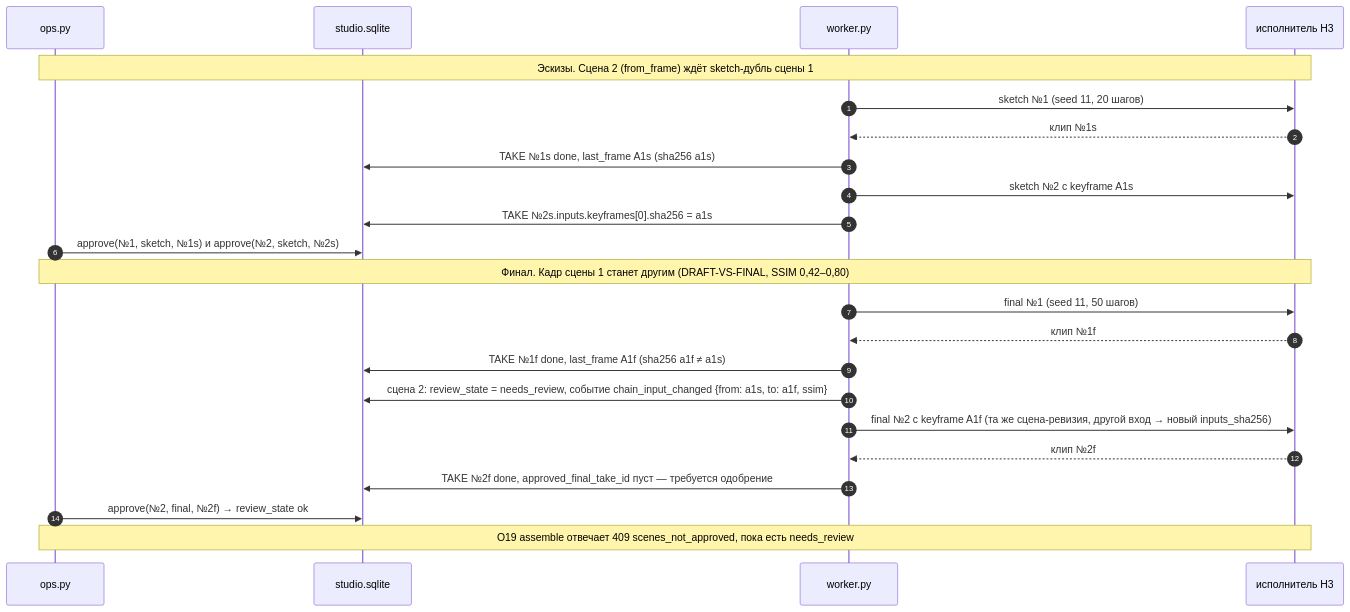
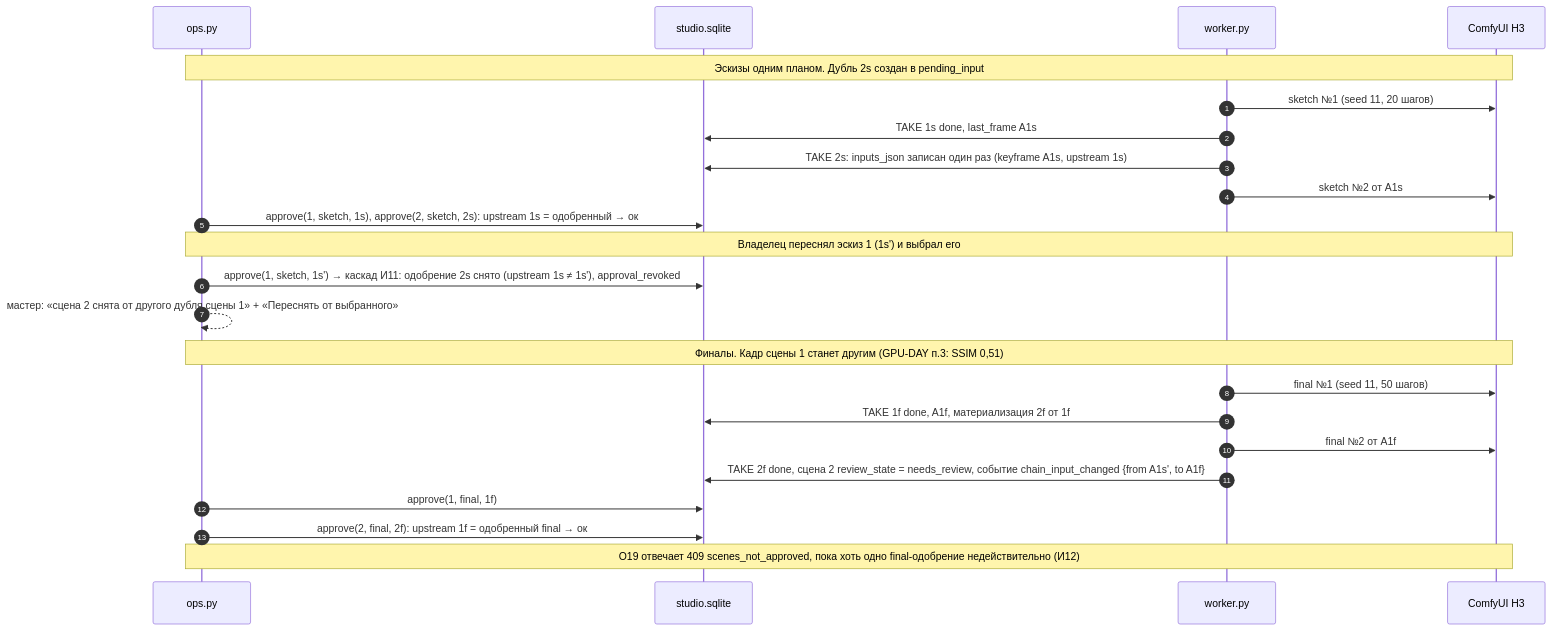
The sixth of 6 diagrams in docs/superpowers/specs/2026-10-10-studio-part1-core-design.md (AlexeyKorzhebin/minimax-h3-mlx-48gb), drawn with Mermaid before and after one commit. The commit also changed other lines of this file and 2 other files, not shown here.

Commit message:
docs(studio): спека части 1, редакция 2 — ревью Codex, ComfyUI основной исполнитель, свой сценарист, решения владельца

````diff
--- a/docs/superpowers/specs/2026-10-10-studio-part1-core-design.md
+++ b/docs/superpowers/specs/2026-10-10-studio-part1-core-design.md
@@ -893,27 +981,28 @@
 ```mermaid
 sequenceDiagram
   autonumber
   participant O as ops.py
   participant DB as studio.sqlite
   participant W as worker.py
-  participant X as исполнитель H3
+  participant X as ComfyUI H3
 
-  Note over O,X: Эскизы. Сцена 2 (from_frame) ждёт sketch-дубль сцены 1
+  Note over O,X: Эскизы одним планом. Дубль 2s создан в pending_input
   W->>X: sketch №1 (seed 11, 20 шагов)
-  X-->>W: клип №1s
-  W->>DB: TAKE №1s done, last_frame A1s (sha256 a1s)
-  W->>X: sketch №2 с keyframe A1s
-  W->>DB: TAKE №2s.inputs.keyframes[0].sha256 = a1s
-  O->>DB: approve(№1, sketch, №1s) и approve(№2, sketch, №2s)
+  W->>DB: TAKE 1s done, last_frame A1s
+  W->>DB: TAKE 2s: inputs_json записан один раз (keyframe A1s, upstream 1s)
+  W->>X: sketch №2 от A1s
+  O->>DB: approve(1, sketch, 1s), approve(2, sketch, 2s): upstream 1s = одобренный → ок
 
-  Note over O,X: Финал. Кадр сцены 1 станет другим (DRAFT-VS-FINAL, SSIM 0,42–0,80)
+  Note over O,X: Владелец переснял эскиз 1 (1s') и выбрал его
+  O->>DB: approve(1, sketch, 1s') → каскад И11: одобрение 2s снято (upstream 1s ≠ 1s'), approval_revoked
+  O-->>O: мастер: «сцена 2 снята от другого дубля сцены 1» + «Переснять от выбранного»
+
+  Note over O,X: Финалы. Кадр сцены 1 станет другим (GPU-DAY п.3: SSIM 0,51)
   W->>X: final №1 (seed 11, 50 шагов)
-  X-->>W: клип №1f
-  W->>DB: TAKE №1f done, last_frame A1f (sha256 a1f ≠ a1s)
-  W->>DB: сцена 2: review_state = needs_review, событие chain_input_changed {from: a1s, to: a1f, ssim}
-  W->>X: final №2 с keyframe A1f (та же сцена-ревизия, другой вход → новый inputs_sha256)
-  X-->>W: клип №2f
-  W->>DB: TAKE №2f done, approved_final_take_id пуст — требуется одобрение
-  O->>DB: approve(№2, final, №2f) → review_state ok
-  Note over O,X: O19 assemble отвечает 409 scenes_not_approved, пока есть needs_review
+  W->>DB: TAKE 1f done, A1f, материализация 2f от 1f
+  W->>X: final №2 от A1f
+  W->>DB: TAKE 2f done, сцена 2 review_state = needs_review, событие chain_input_changed {from A1s', to A1f}
+  O->>DB: approve(1, final, 1f)
+  O->>DB: approve(2, final, 2f): upstream 1f = одобренный final → ок
+  Note over O,X: O19 отвечает 409 scenes_not_approved, пока хоть одно final-одобрение недействительно (И12)
 ```
````
